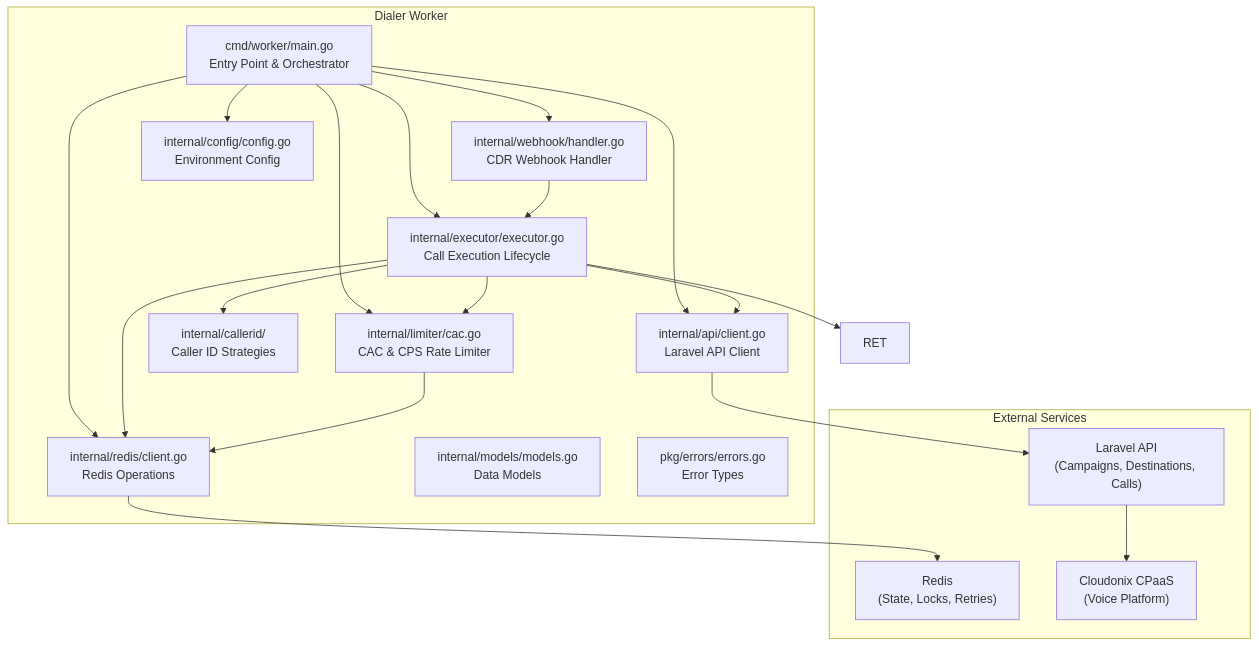
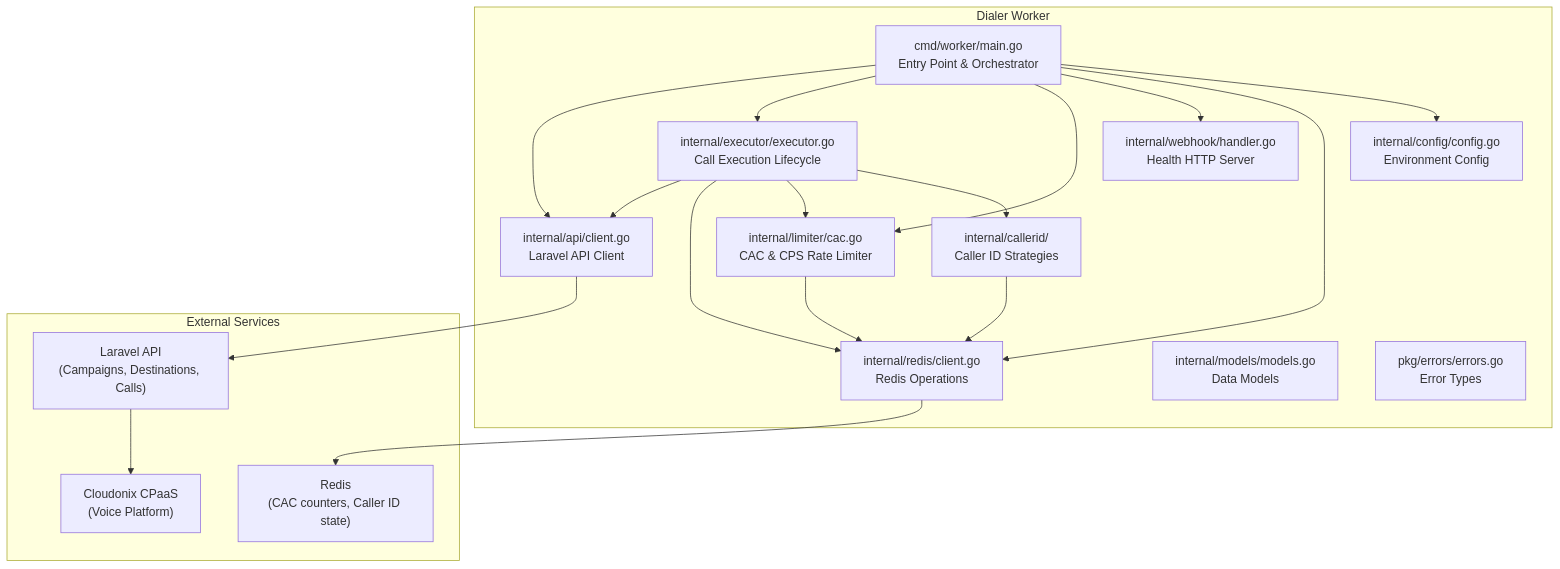
Before and after one commit to greenfieldtech-nirs/opbx: the first of 2 diagrams in dialer-worker/README.md, drawn with Mermaid. The commit also changed other lines of this file and 9 other files, not shown here.

````diff
--- a/dialer-worker/README.md
+++ b/dialer-worker/README.md
@@ -18,38 +17,37 @@
 ```mermaid
 graph TB
     subgraph "Dialer Worker"
         MAIN["cmd/worker/main.go<br/>Entry Point & Orchestrator"]
         API["internal/api/client.go<br/>Laravel API Client"]
         EXEC["internal/executor/executor.go<br/>Call Execution Lifecycle"]
         LIM["internal/limiter/cac.go<br/>CAC & CPS Rate Limiter"]
-        WH["internal/webhook/handler.go<br/>CDR Webhook Handler"]
+        WH["internal/webhook/handler.go<br/>Health HTTP Server"]
         RDC["internal/redis/client.go<br/>Redis Operations"]
         CFG["internal/config/config.go<br/>Environment Config"]
         MOD["internal/models/models.go<br/>Data Models"]
         CID["internal/callerid/<br/>Caller ID Strategies"]
         ERR["pkg/errors/errors.go<br/>Error Types"]
     end
 
     subgraph "External Services"
         LARAVEL["Laravel API<br/>(Campaigns, Destinations, Calls)"]
-        REDIS["Redis<br/>(State, Locks, Retries)"]
+        REDIS["Redis<br/>(CAC counters, Caller ID state)"]
         CLOUDONIX["Cloudonix CPaaS<br/>(Voice Platform)"]
     end
 
     MAIN --> API
     MAIN --> EXEC
     MAIN --> LIM
     MAIN --> WH
     MAIN --> RDC
     MAIN --> CFG
     EXEC --> API
     EXEC --> RDC
     EXEC --> LIM
     EXEC --> CID
-    EXEC --> RET
+    CID --> RDC
     LIM --> RDC
-    WH --> EXEC
     API --> LARAVEL
     RDC --> REDIS
     LARAVEL --> CLOUDONIX
 ```
````
